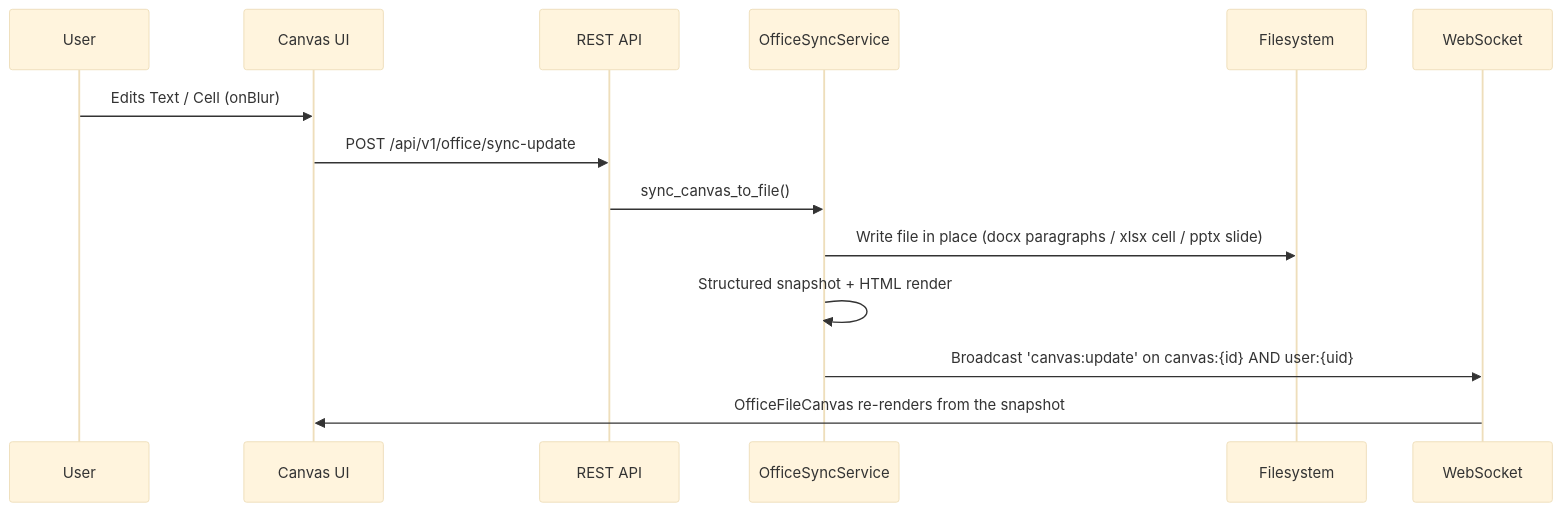
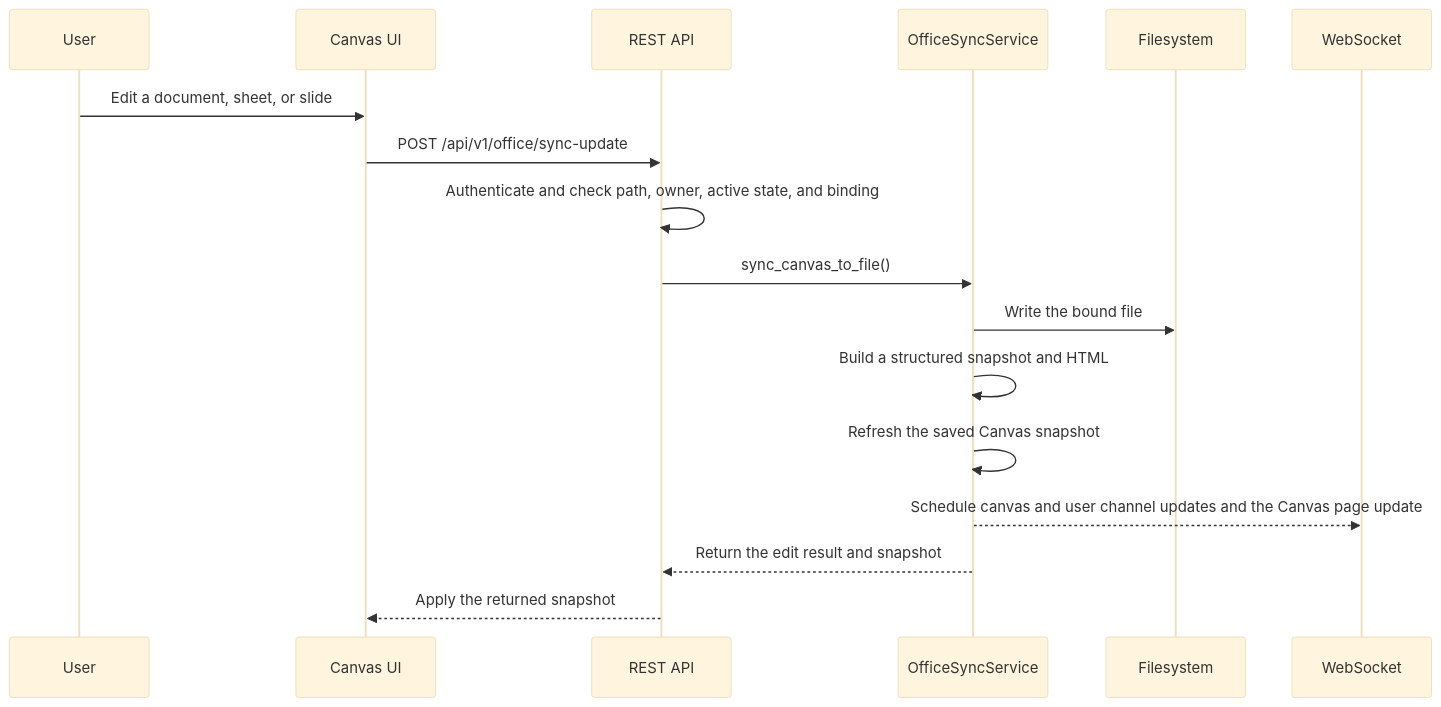
Before and after one commit to rush86999/atom: the diagram in docs/guides/ATOM_OFFICE_AUTOMATION_GUIDE.md, drawn with Mermaid (base theme). The commit also changed 2 other files, not shown here.

Commit message:
Record November 19 readiness evidence and correct workflow diagrams (#1025)

````diff
--- a/docs/guides/ATOM_OFFICE_AUTOMATION_GUIDE.md
+++ b/docs/guides/ATOM_OFFICE_AUTOMATION_GUIDE.md
@@ -67,10 +67,13 @@
 ```mermaid
 sequenceDiagram
-    User->>Canvas UI: Edits Text / Cell (onBlur)
+    User->>Canvas UI: Edit a document, sheet, or slide
     Canvas UI->>REST API: POST /api/v1/office/sync-update
+    REST API->>REST API: Authenticate and check path, owner, active state, and binding
     REST API->>OfficeSyncService: sync_canvas_to_file()
-    OfficeSyncService->>Filesystem: Write file in place (docx paragraphs / xlsx cell / pptx slide)
-    OfficeSyncService->>OfficeSyncService: Structured snapshot + HTML render
-    OfficeSyncService->>WebSocket: Broadcast 'canvas:update' on canvas:{id} AND user:{uid}
-    WebSocket->>Canvas UI: OfficeFileCanvas re-renders from the snapshot
+    OfficeSyncService->>Filesystem: Write the bound file
+    OfficeSyncService->>OfficeSyncService: Build a structured snapshot and HTML
+    OfficeSyncService->>OfficeSyncService: Refresh the saved Canvas snapshot
+    OfficeSyncService-->>WebSocket: Schedule canvas and user channel updates and the Canvas page update
+    OfficeSyncService-->>REST API: Return the edit result and snapshot
+    REST API-->>Canvas UI: Apply the returned snapshot
 ```
````
